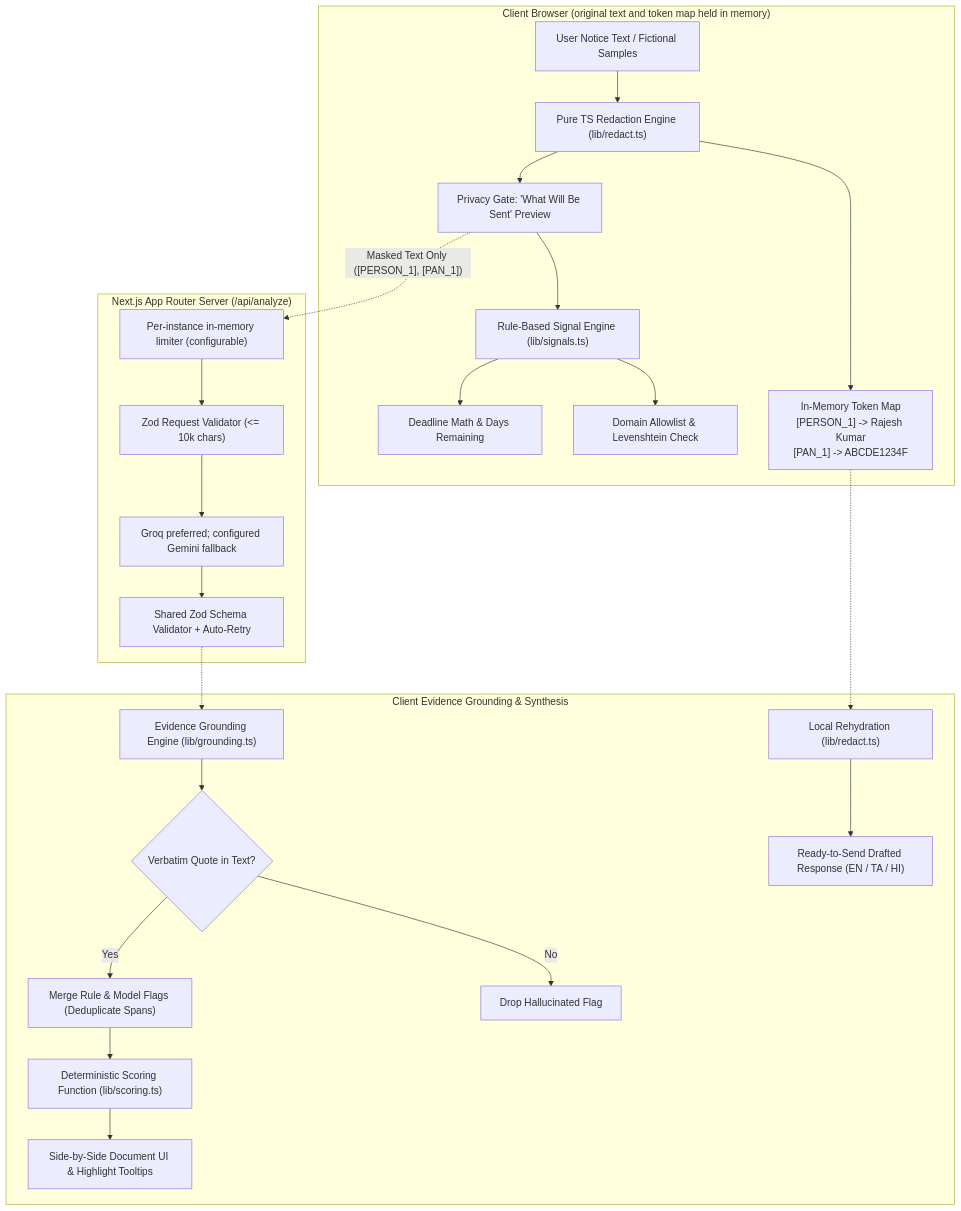
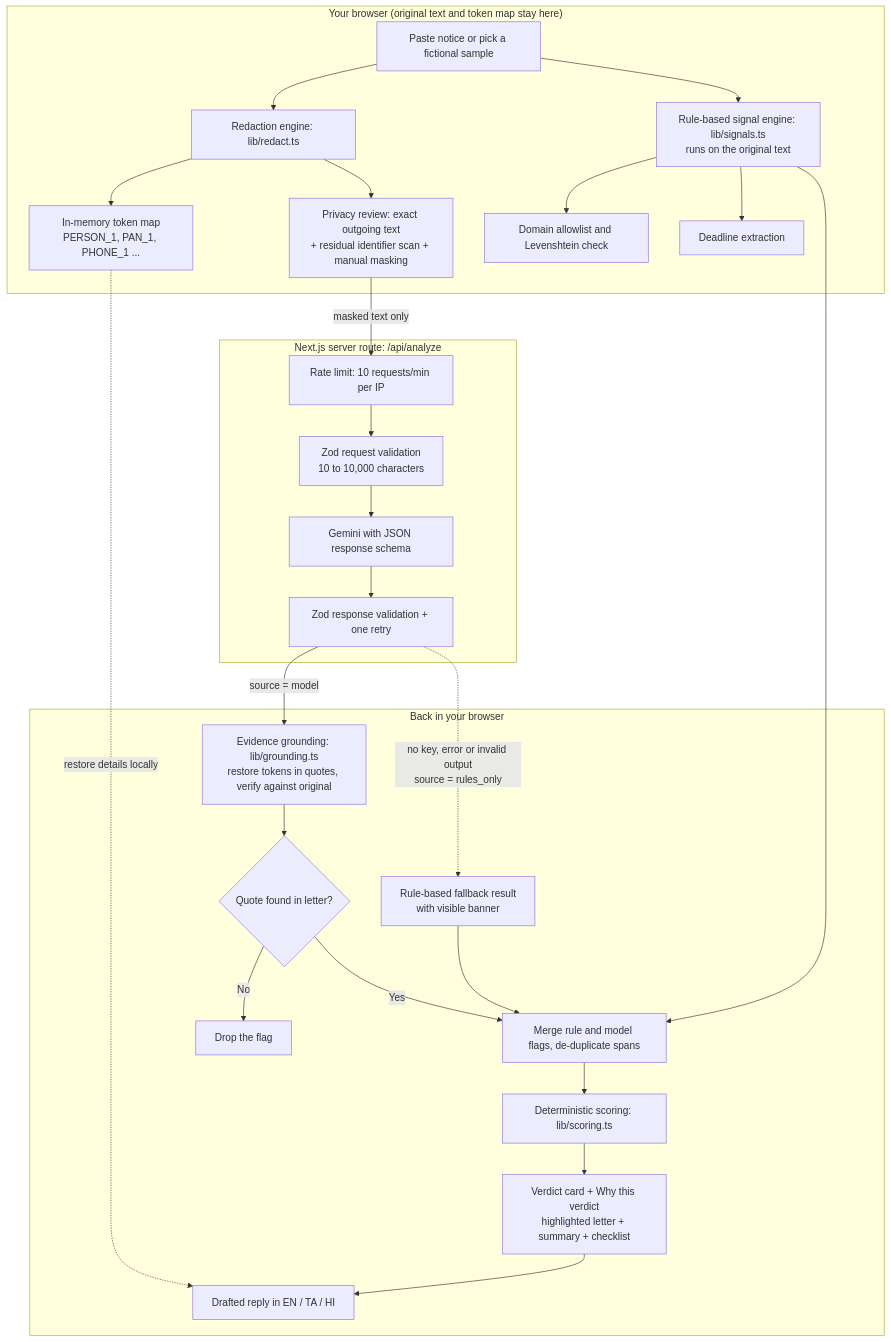
One commit to swetha-006/Notice_Decoder changed the first of 3 diagrams in README.md. Above: the diagram before and after it, drawn with Mermaid. The commit also changed other lines of this file, not shown here.

````diff
--- a/README.md
+++ b/README.md
@@ -32,29 +68,34 @@
 ```mermaid
 flowchart TD
-    subgraph Browser ["Client Browser (original text and token map held in memory)"]
-        UserText["User Notice Text / Fictional Samples"] --> Redactor["Pure TS Redaction Engine (lib/redact.ts)"]
-        Redactor --> TokenMap["In-Memory Token Map<br/>[PERSON_1] -> Rajesh Kumar<br/>[PAN_1] -> ABCDE1234F"]
-        Redactor --> PrivacyGate["Privacy Gate: 'What Will Be Sent' Preview"]
-        PrivacyGate --> LocalSignals["Rule-Based Signal Engine (lib/signals.ts)"]
-        LocalSignals --> DomainCheck["Domain Allowlist & Levenshtein Check"]
-        LocalSignals --> DeadlineMath["Deadline Math & Days Remaining"]
+    subgraph Browser["Your browser (original text and token map stay here)"]
+        A["Paste notice or pick a fictional sample"] --> B["Redaction engine: lib/redact.ts"]
+        B --> C["In-memory token map<br/>PERSON_1, PAN_1, PHONE_1 ..."]
+        B --> D["Privacy review: exact outgoing text<br/>+ residual identifier scan + manual masking"]
+        A --> E["Rule-based signal engine: lib/signals.ts<br/>runs on the original text"]
+        E --> F["Domain allowlist and Levenshtein check"]
+        E --> G["Deadline extraction"]
     end
 
-    subgraph ServerRoute ["Next.js App Router Server (/api/analyze)"]
-        PrivacyGate -.->|"Masked Text Only ([PERSON_1], [PAN_1])"| RateLimiter["Per-instance in-memory limiter (configurable)"]
-        RateLimiter --> ZodIn["Zod Request Validator (<= 10k chars)"]
-        ZodIn --> AIProviders["Groq preferred; configured Gemini fallback"]
-        AIProviders --> ZodOut["Shared Zod Schema Validator + Auto-Retry"]
+    subgraph Server["Next.js server route: /api/analyze"]
+        H["Rate limit: 10 requests/min per IP"] --> I["Zod request validation<br/>10 to 10,000 characters"]
+        I --> J["Gemini with JSON response schema"]
+        J --> K["Zod response validation + one retry"]
     end
 
-    subgraph GroundingPipeline ["Client Evidence Grounding & Synthesis"]
-        ZodOut -.-> Grounding["Evidence Grounding Engine (lib/grounding.ts)"]
-        Grounding --> SubstringMatch{"Verbatim Quote in Text?"}
-        SubstringMatch -- No --> DropFlag["Drop Hallucinated Flag"]
-        SubstringMatch -- Yes --> MergeFlags["Merge Rule & Model Flags (Deduplicate Spans)"]
-        MergeFlags --> Scoring["Deterministic Scoring Function (lib/scoring.ts)"]
-        Scoring --> VerdictUI["Side-by-Side Document UI & Highlight Tooltips"]
-        TokenMap -.-> Rehydrate["Local Rehydration (lib/redact.ts)"]
-        Rehydrate --> DraftUI["Ready-to-Send Drafted Response (EN / TA / HI)"]
+    D -- "masked text only" --> H
+    K -- "source = model" --> L
+    K -. "no key, error or invalid output<br/>source = rules_only" .-> N["Rule-based fallback result<br/>with visible banner"]
+
+    subgraph Result["Back in your browser"]
+        L["Evidence grounding: lib/grounding.ts<br/>restore tokens in quotes, verify against original"]
+        L --> M{"Quote found in letter?"}
+        M -- "No" --> X["Drop the flag"]
+        M -- "Yes" --> O["Merge rule and model flags, de-duplicate spans"]
+        N --> O
+        E --> O
+        O --> P["Deterministic scoring: lib/scoring.ts"]
+        P --> Q["Verdict card + Why this verdict<br/>highlighted letter + summary + checklist"]
+        C -. "restore details locally" .-> R["Drafted reply in EN / TA / HI"]
+        Q --> R
     end
 ```
````
